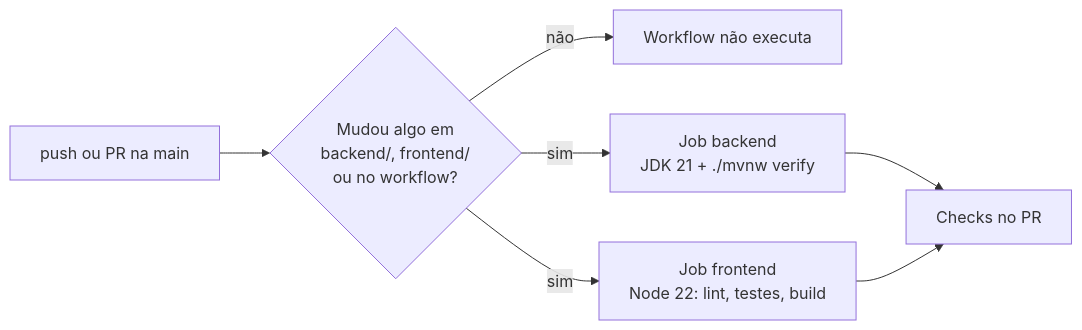
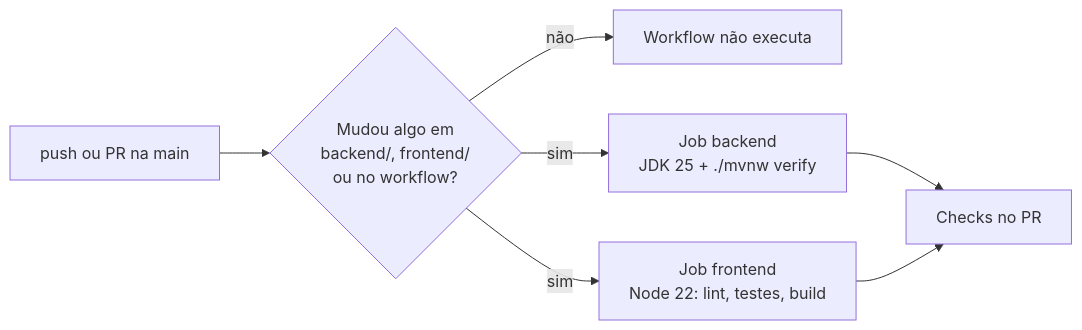
The diagram in docs/ci/pipeline.md (nomevini/opengrana), drawn with Mermaid before and after one commit. The commit also changed other lines of this file and 4 other files, not shown here.

````diff
--- a/docs/ci/pipeline.md
+++ b/docs/ci/pipeline.md
@@ -5,9 +5,9 @@
 ```mermaid
 flowchart LR
     T["push ou PR na main"] --> PF{"Mudou algo em<br/>backend/, frontend/<br/>ou no workflow?"}
     PF -->|não| S["Workflow não executa"]
-    PF -->|sim| B["Job backend<br/>JDK 21 + ./mvnw verify"]
+    PF -->|sim| B["Job backend<br/>JDK 25 + ./mvnw verify"]
     PF -->|sim| FE["Job frontend<br/>Node 22: lint, testes, build"]
     B --> R["Checks no PR"]
     FE --> R
 ```
````
